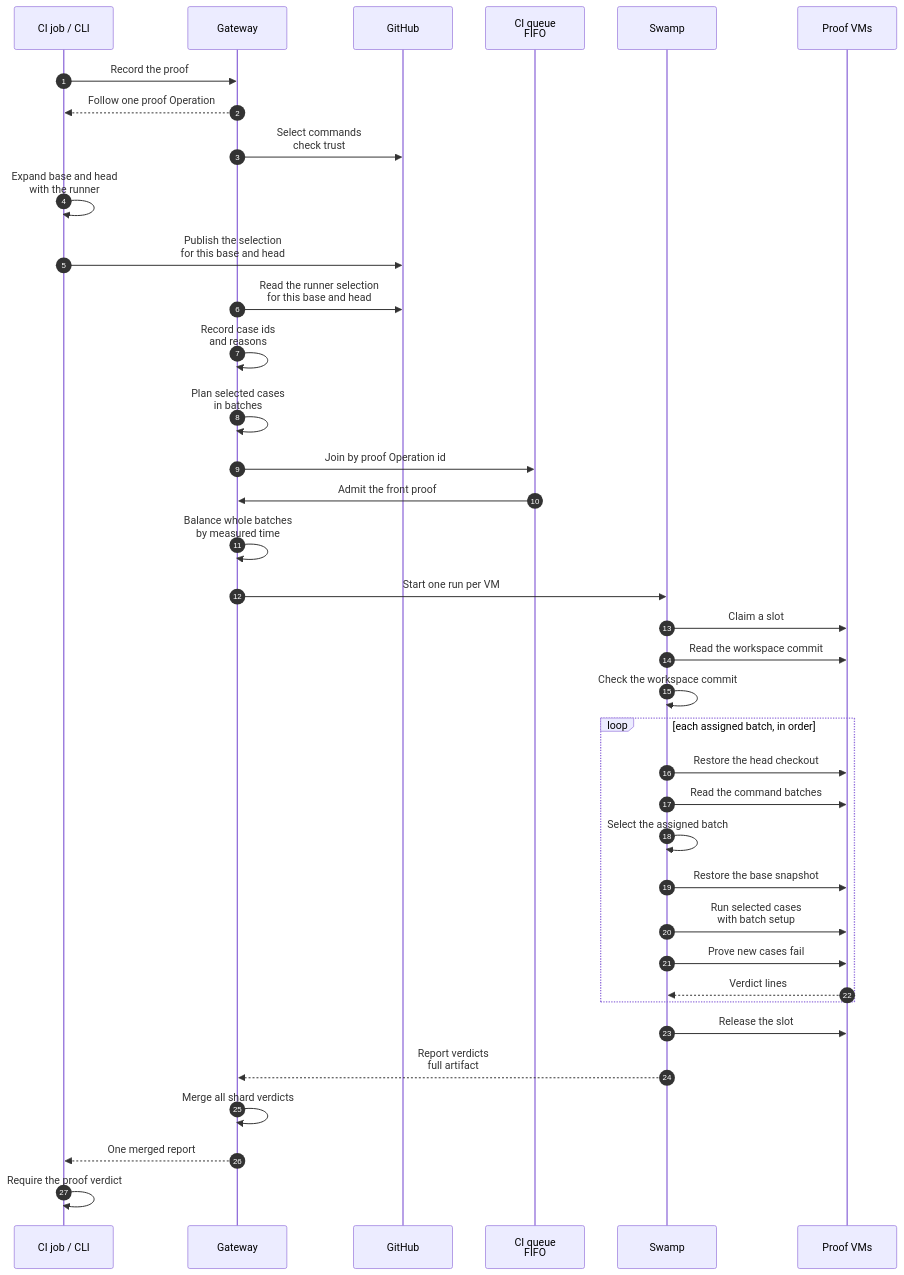
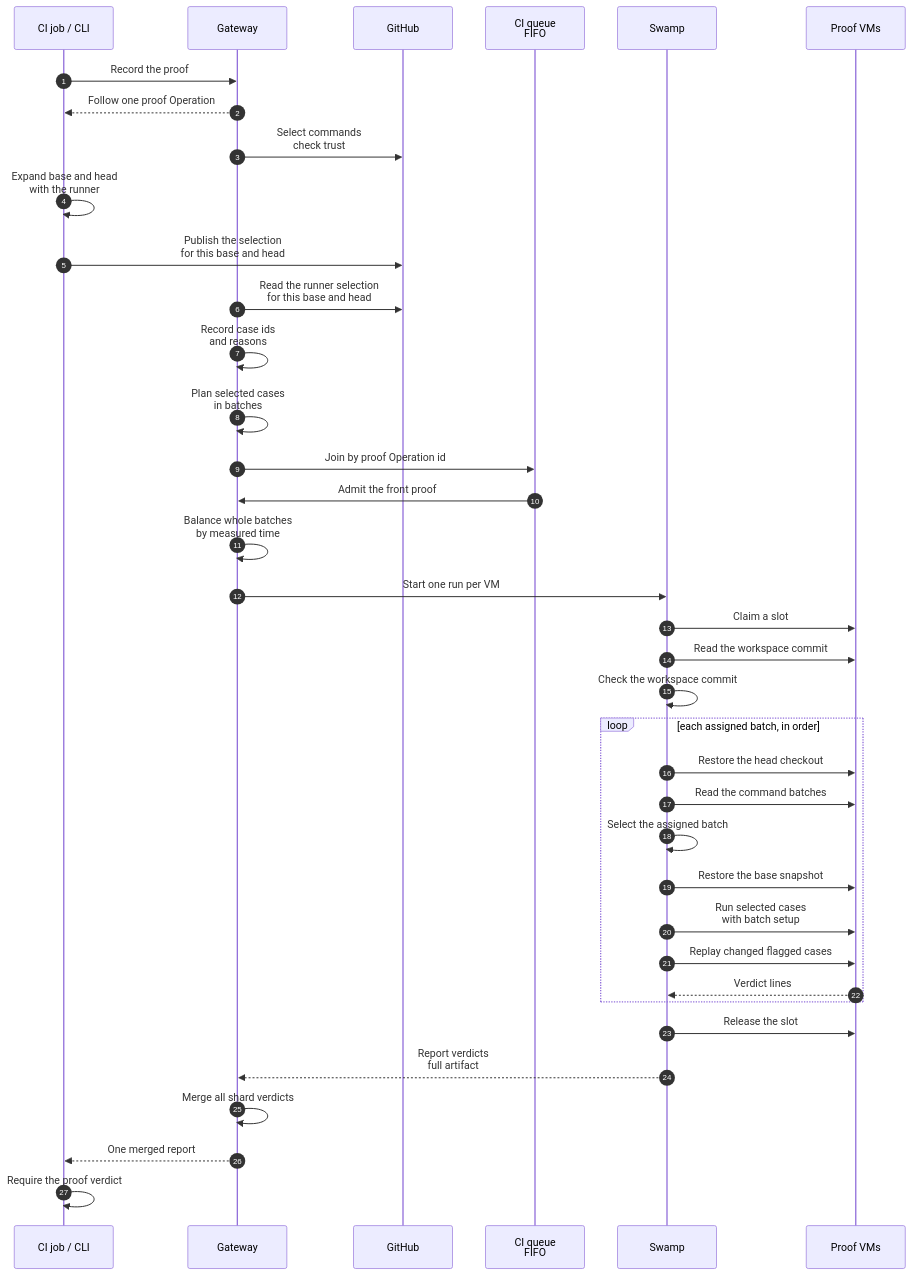
Before and after one commit to hardimpactdev/orbit: the diagram in docs/cli/proof/run.mmd, drawn with Mermaid. The commit also changed 7 other files, not shown here.

Commit message:
docs: define opt-in merge-base proof replay

```diff
--- a/docs/cli/proof/run.mmd
+++ b/docs/cli/proof/run.mmd
@@ -1,57 +1,58 @@
 sequenceDiagram
   %% status: reviewed
   %% command: proof:run
   %% kind: proof.run
   autonumber
   participant CLI as CI job / CLI
   participant GW as Gateway
   participant GH as GitHub
   participant Q as CI queue<br/>FIFO
   participant SW as Swamp
   participant VM as Proof VMs
   CLI->>GW: Record the proof
   %%> Record commit, authenticated caller and options, then queue admission. Only an active authenticated ci-runner Node uses the CI pool. Operator proofs join task admission.
   GW-->>CLI: Follow one proof Operation
   GW->>GH: Select commands<br/>check trust
   %%> Read the trusted commit, selection list and cases. A fork needs approval of this head and run-proofs. No selected command succeeds without a VM.
   CLI->>CLI: Expand base and head<br/>with the runner
   %%> The runner validates and expands fixtures, list vars, variants and batch setup. Compare its canonical per-case definitions by id. Command code changes select the whole file. Runner, selection code or selection list changes disable narrowing for every selected command. Tooling alone selects no commands. Unknown fixture keys and any planning doubt select the whole file.
   CLI->>GH: Publish the selection<br/>for this base and head
   %%> CI consumes this same result and uploads proof-selection.json before proof admission. Include every considered file, even when it selects zero cases.
   GW->>GH: Read the runner selection<br/>for this base and head
   %%> Accept only the exact version, head, merge base and cases file. Missing, expired, malformed or mismatched results select the whole file. The Gateway does not compare YAML definitions.
   GW->>GW: Record case ids<br/>and reasons
   %%> Select added and changed cases and their variants, and users whose expanded dependencies changed. Deleted cases select nothing. Report changed, added, uses changed fixture, uses changed var, batch setup changed, command code changed or proof tooling changed. A verified zero-case selection succeeds without a VM.
   GW->>GW: Plan selected cases<br/>in batches
   %%> Expand selected variant ids only. Sum measured case seconds from prior reports; unseen cases use the measured median, or one second with no history.
   GW->>Q: Join by proof Operation id
   %%> Earlier open CI proofs without admitted runs block later proofs, including while selection is being read. Cancellation, failure and no selection remove a proof from admission.
   Q->>GW: Admit the front proof
   %%> Under the admission lock, take every currently free usable CI place, at least one and at most the batch count. A full pool or stale base waits, up to two hours, then fails clearly. Never refuse capacity or skip green.
   GW->>GW: Balance whole batches<br/>by measured time
   %%> Longest measured batch first; assign each to the least loaded VM. Selected cases of a batch stay together. Record expected cases and all shard operations atomically.
   GW->>SW: Start one run per VM
   SW->>VM: Claim a slot
   %%> Fresh VM from the host base at the trusted commit. No CI keep-failed option.
   SW->>VM: Read the workspace commit
   SW->>SW: Check the workspace commit
   loop each assigned batch, in order
     SW->>VM: Restore the head checkout
-    %%> A prior new-case proof may have switched to the merge base. Restore the admitted head before planning the next batch.
+    %%> A prior flagged-case proof may have switched to the merge base. Restore the admitted head before planning the next batch.
     SW->>VM: Read the command batches
     SW->>SW: Select the assigned batch
     SW->>VM: Restore the base snapshot
     SW->>VM: Run selected cases<br/>with batch setup
-    SW->>VM: Prove new cases fail
+    SW->>VM: Replay changed flagged cases
+    %%> Use the runner’s case-level comparison, then filter fails_on_base: true and the admitted batch. Whole-file code or tooling selection does not replay unchanged flags. Each replay must fail with cause assertion; passing or missing evidence fails.
     VM-->>SW: Verdict lines
   end
   SW->>VM: Release the slot
   %%> Delete after every outcome. Failed or missing cleanup schedules normal group cancellation. A live or releasing VM holds its place until confirmed deletion.
   SW-->>GW: Report verdicts<br/>full artifact
   %%> Capture the full report, not its 4 KiB history tail. Identify command and file on each line. Missing, duplicate or unexpected case verdicts fail the shard; a missing expected case is unrun.
   GW->>GW: Merge all shard verdicts
   %%> Wait for every admitted child, require every expected case and every selected command, and close one proof result. Failed, cancelled, unrun and missing verdicts fail.
   GW-->>CLI: One merged report
   CLI->>CLI: Require the proof verdict
   %%> The proof job is in Required checks. A selected command with a failed case or no verdict fails. No selected command passes. Capacity is only a bounded wait, never a successful no-case result.
   %%> A fork uses the outside proof's status on this exact head. A missing, pending or failed status fails Required checks; rerun the failed Required job after the approved outside proof succeeds.
```
